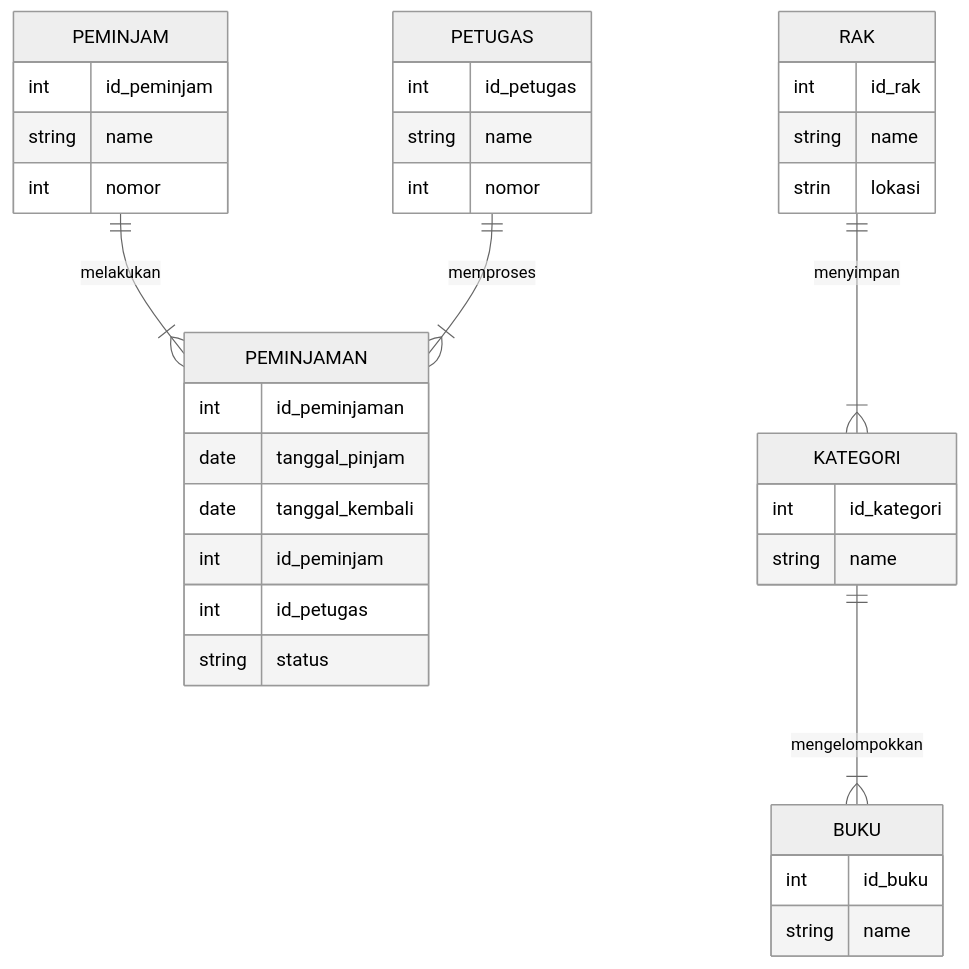
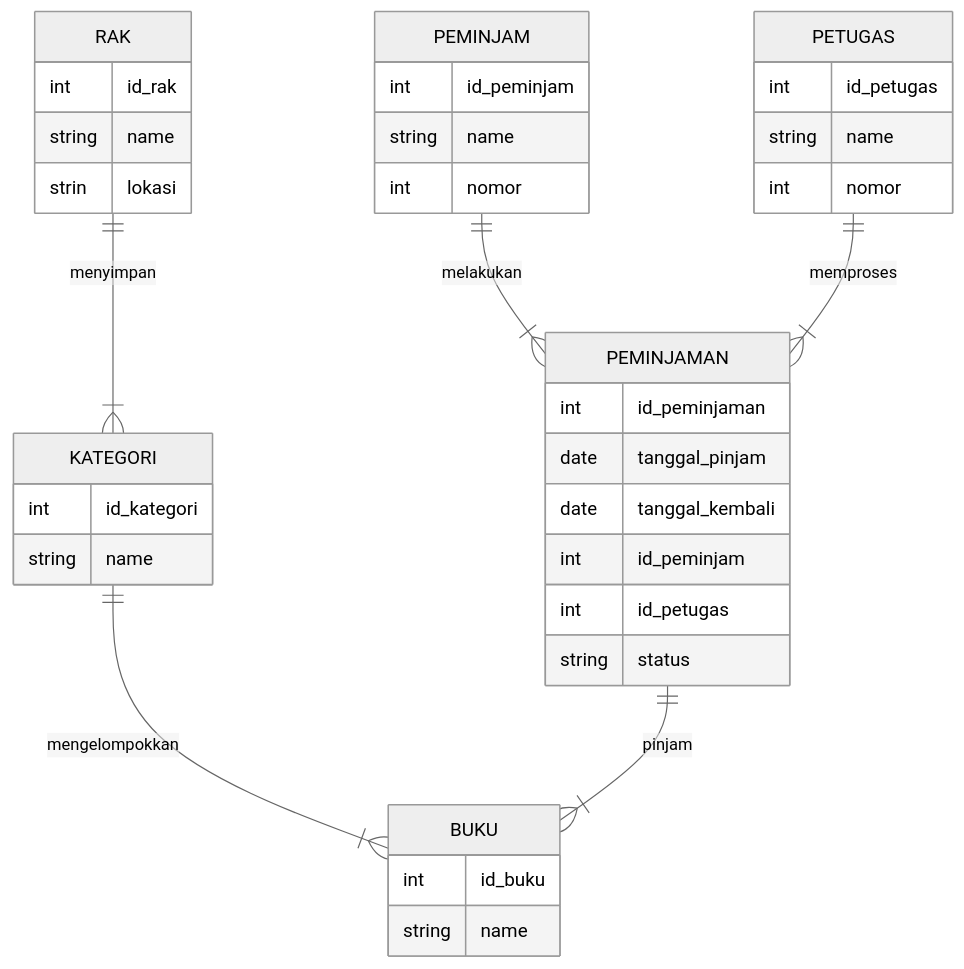
The diagram in erd-perpustakaan.md (dev-Flone/koda-b1-db1), drawn with Mermaid (neutral theme) before and after one commit.

Commit message:
feat: peminjaman-buku

````diff
--- a/erd-perpustakaan.md
+++ b/erd-perpustakaan.md
@@ -2,45 +2,46 @@
 ``` mermaid
 erDiagram
     direction TB
 
     PEMINJAM ||--|{ PEMINJAMAN: melakukan
     PETUGAS ||--|{ PEMINJAMAN: memproses
     KATEGORI ||--|{ BUKU: mengelompokkan
     RAK ||--|{ KATEGORI: menyimpan
+    PEMINJAMAN ||--|{ BUKU: pinjam
     
     BUKU {
         int id_buku
         string name
     }
     RAK {
         int id_rak
         string name
         strin lokasi
     }
 
     KATEGORI {
         int id_kategori
         string name
 
     }
     PEMINJAM {
         int id_peminjam
         string name
         int nomor
     }
     PEMINJAMAN {
         int id_peminjaman
         date tanggal_pinjam
         date tanggal_kembali
         int id_peminjam
         int id_petugas
         string status
     }
     PETUGAS {
         int id_petugas
         string name
         int nomor
     }
 
 
 ```
````
